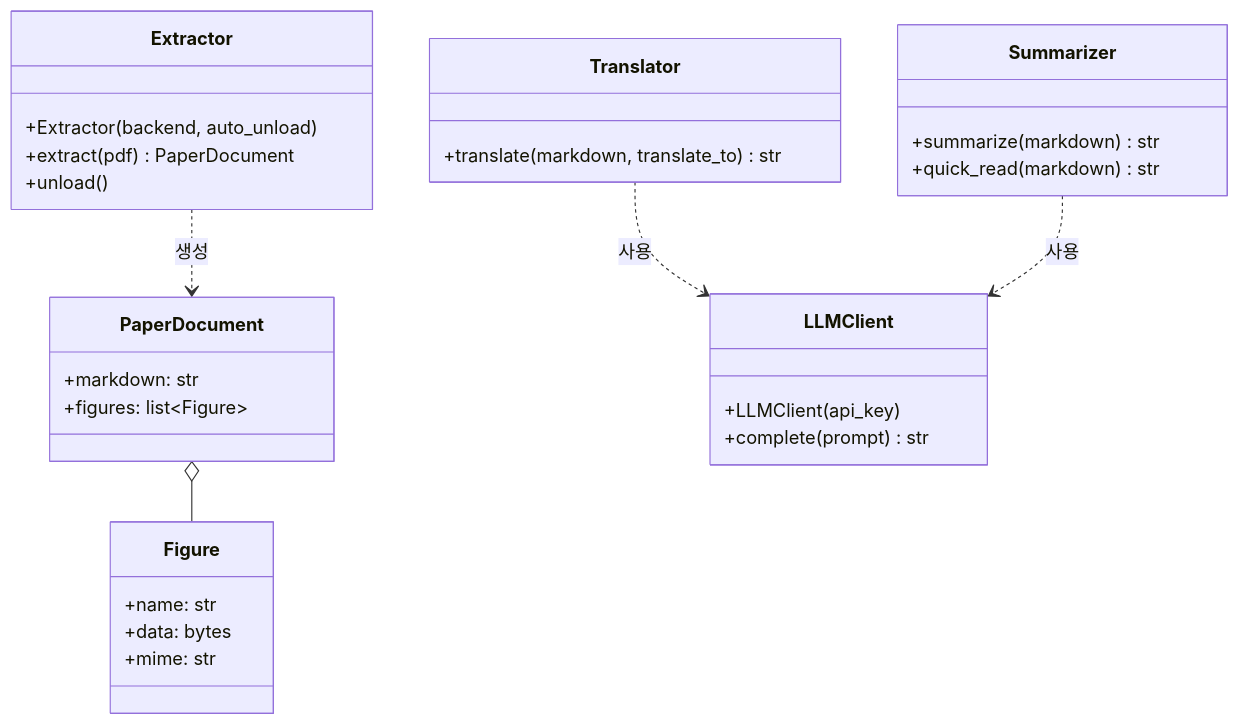
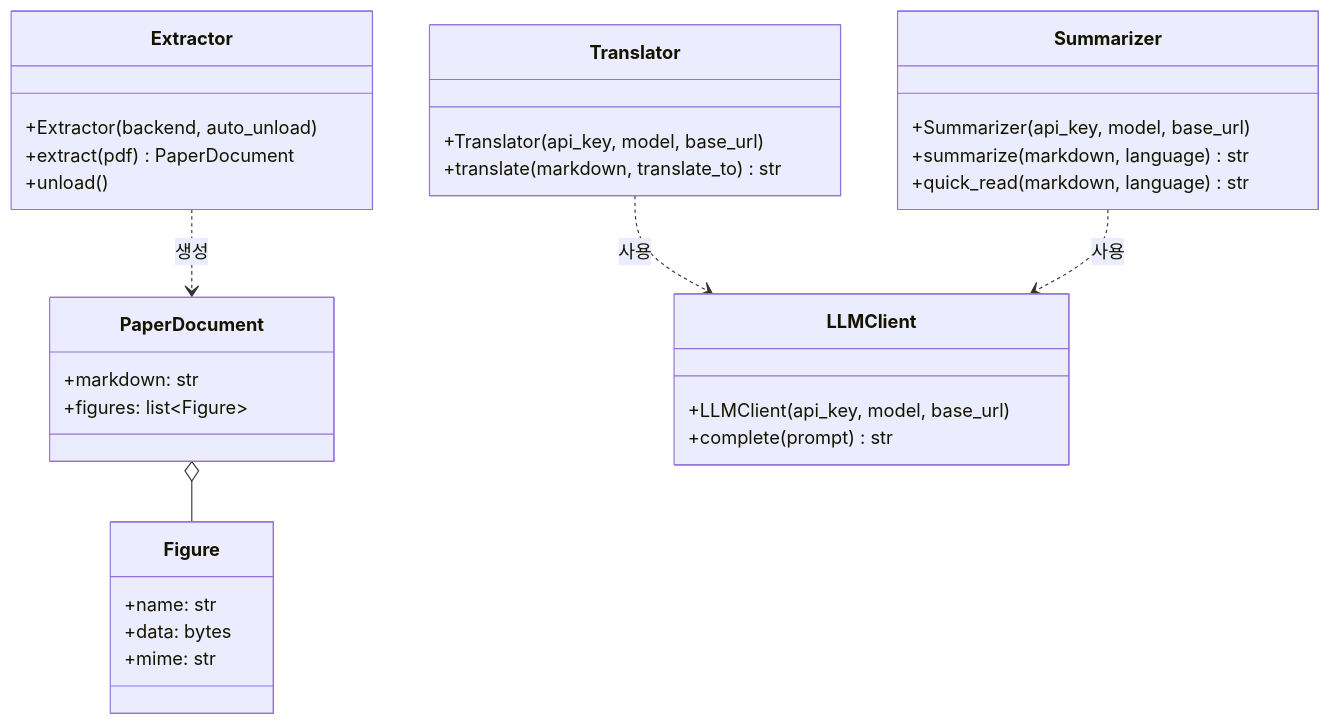
One commit to gatesplan/papercut changed the second of 3 diagrams in Architecture.md. Above: the diagram before and after it, drawn with Mermaid. The commit also changed other lines of this file, not shown here.

Commit message:
설계: 개발 착수용 미결정 사항 해소 (동기 API, 모델 교체가능, 요약 언어 파라미터, 배포환경)

````diff
--- a/Architecture.md
+++ b/Architecture.md
@@ -76,33 +83,35 @@
 ```mermaid
 classDiagram
     class PaperDocument {
         +markdown: str
         +figures: list~Figure~
     }
     class Figure {
         +name: str
         +data: bytes
         +mime: str
     }
     class Extractor {
         +Extractor(backend, auto_unload)
         +extract(pdf) PaperDocument
         +unload()
     }
     class LLMClient {
-        +LLMClient(api_key)
+        +LLMClient(api_key, model, base_url)
         +complete(prompt) str
     }
     class Translator {
+        +Translator(api_key, model, base_url)
         +translate(markdown, translate_to) str
     }
     class Summarizer {
-        +summarize(markdown) str
-        +quick_read(markdown) str
+        +Summarizer(api_key, model, base_url)
+        +summarize(markdown, language) str
+        +quick_read(markdown, language) str
     }
 
     PaperDocument o-- Figure
     Extractor ..> PaperDocument : 생성
     Translator ..> LLMClient : 사용
     Summarizer ..> LLMClient : 사용
 ```
````
